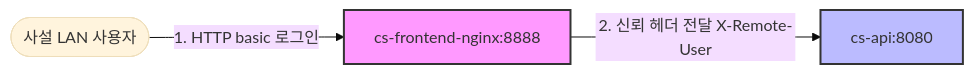
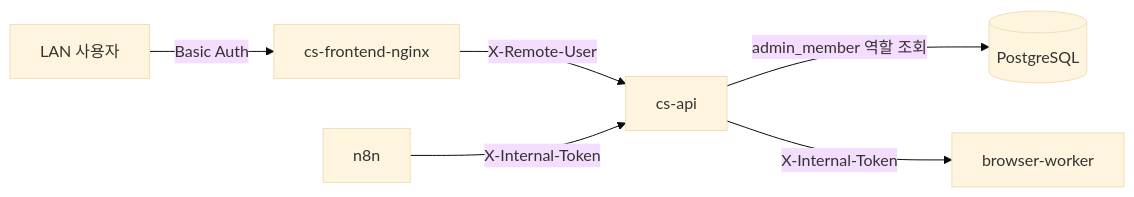
Before and after one commit to Yoonsik-Shin/cs-hub: the first of 2 diagrams in docs/docs/security-policy.md, drawn with Mermaid (base theme). The commit also changed other lines of this file and 3 other files, not shown here.

````diff
--- a/docs/docs/security-policy.md
+++ b/docs/docs/security-policy.md
@@ -18,8 +11,8 @@
 ```mermaid
-graph LR
-    User([사설 LAN 사용자]) -->|1. HTTP basic 로그인| Nginx[cs-frontend-nginx:8888]
-    Nginx -->|2. 신뢰 헤더 전달 X-Remote-User| API[cs-api:8080]
-    
-    style Nginx fill:#f9f,stroke:#333,stroke-width:2px
-    style API fill:#bbf,stroke:#333,stroke-width:2px
+flowchart LR
+    User[LAN 사용자] -->|Basic Auth| Nginx[cs-frontend-nginx]
+    Nginx -->|X-Remote-User| API[cs-api]
+    API -->|admin_member 역할 조회| DB[(PostgreSQL)]
+    API -->|X-Internal-Token| Worker[browser-worker]
+    n8n[n8n] -->|X-Internal-Token| API
 ```
````
